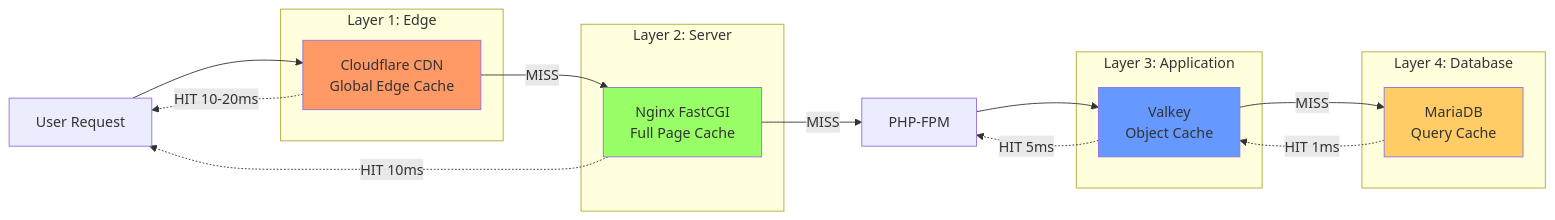
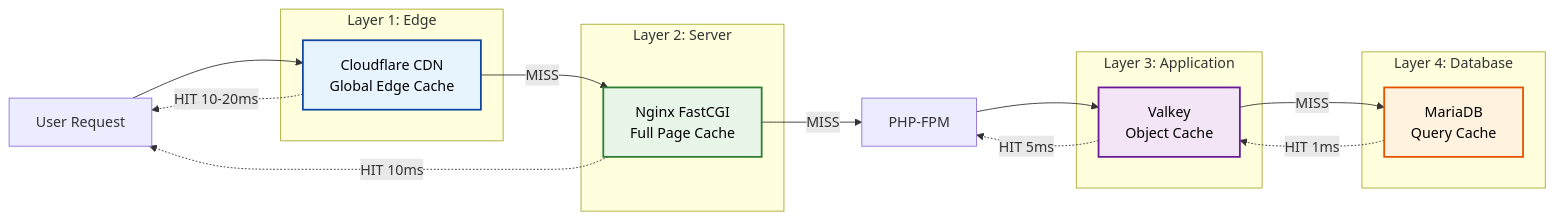
The seventh of 8 diagrams in docs/architecture/SYSTEM_OVERVIEW.md (malpanez/hetzner-secure-infrastructure), drawn with Mermaid before and after one commit. The commit also changed other lines of this file, not shown here.

First line of the commit message:
docs: improve mermaid diagram accessibility for neurodivergent users

````diff
--- a/docs/architecture/SYSTEM_OVERVIEW.md
+++ b/docs/architecture/SYSTEM_OVERVIEW.md
@@ -463,36 +480,37 @@
 ```mermaid
 graph LR
     USER[User Request]
 
     subgraph "Layer 1: Edge"
         CF[Cloudflare CDN<br/>Global Edge Cache]
     end
 
     subgraph "Layer 2: Server"
         NGX[Nginx FastCGI<br/>Full Page Cache]
     end
 
     subgraph "Layer 3: Application"
         VALKEY[Valkey<br/>Object Cache]
     end
 
     subgraph "Layer 4: Database"
         MARIA[MariaDB<br/>Query Cache]
     end
 
     USER --> CF
     CF -->|MISS| NGX
     NGX -->|MISS| PHP[PHP-FPM]
     PHP --> VALKEY
     VALKEY -->|MISS| MARIA
 
     CF -.->|HIT 10-20ms| USER
     NGX -.->|HIT 10ms| USER
     VALKEY -.->|HIT 5ms| PHP
     MARIA -.->|HIT 1ms| VALKEY
 
-    style CF fill:#f96
-    style NGX fill:#9f6
-    style VALKEY fill:#69f
-    style MARIA fill:#fc6
+    %% Accessible caching layer colors
+    style CF fill:#E8F4FD,stroke:#0D47A1,stroke-width:2px,color:#000
+    style NGX fill:#E8F5E9,stroke:#2E7D32,stroke-width:2px,color:#000
+    style VALKEY fill:#F3E5F5,stroke:#6A1B9A,stroke-width:2px,color:#000
+    style MARIA fill:#FFF3E0,stroke:#E65100,stroke-width:2px,color:#000
 ```
````
